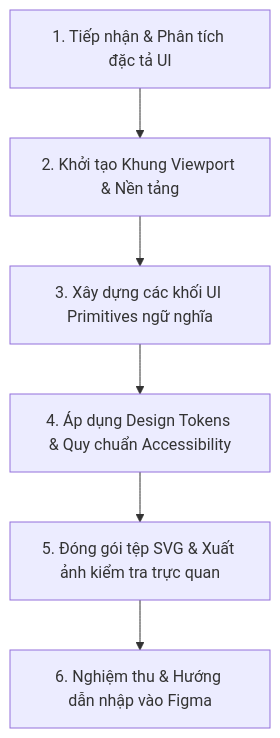
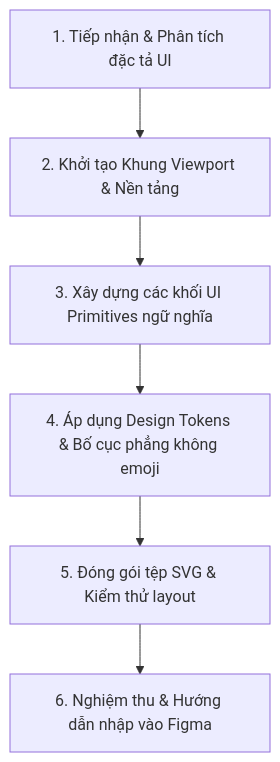
The diagram in skills/figma-svg-generator/PLAN.md (tinnguyen0706/hci-petcare), drawn with Mermaid before and after one commit. The commit also changed other lines of this file and 34 other files, not shown here.

````diff
--- a/skills/figma-svg-generator/PLAN.md
+++ b/skills/figma-svg-generator/PLAN.md
@@ -38,8 +37,8 @@
 ```mermaid
 graph TD
     Step1["1. Tiếp nhận & Phân tích đặc tả UI"] --> Step2["2. Khởi tạo Khung Viewport & Nền tảng"]
     Step2 --> Step3["3. Xây dựng các khối UI Primitives ngữ nghĩa"]
-    Step3 --> Step4["4. Áp dụng Design Tokens & Quy chuẩn Accessibility"]
-    Step4 --> Step5["5. Đóng gói tệp SVG & Xuất ảnh kiểm tra trực quan"]
+    Step3 --> Step4["4. Áp dụng Design Tokens & Bố cục phẳng không emoji"]
+    Step4 --> Step5["5. Đóng gói tệp SVG & Kiểm thử layout"]
     Step5 --> Step6["6. Nghiệm thu & Hướng dẫn nhập vào Figma"]
 ```
````
